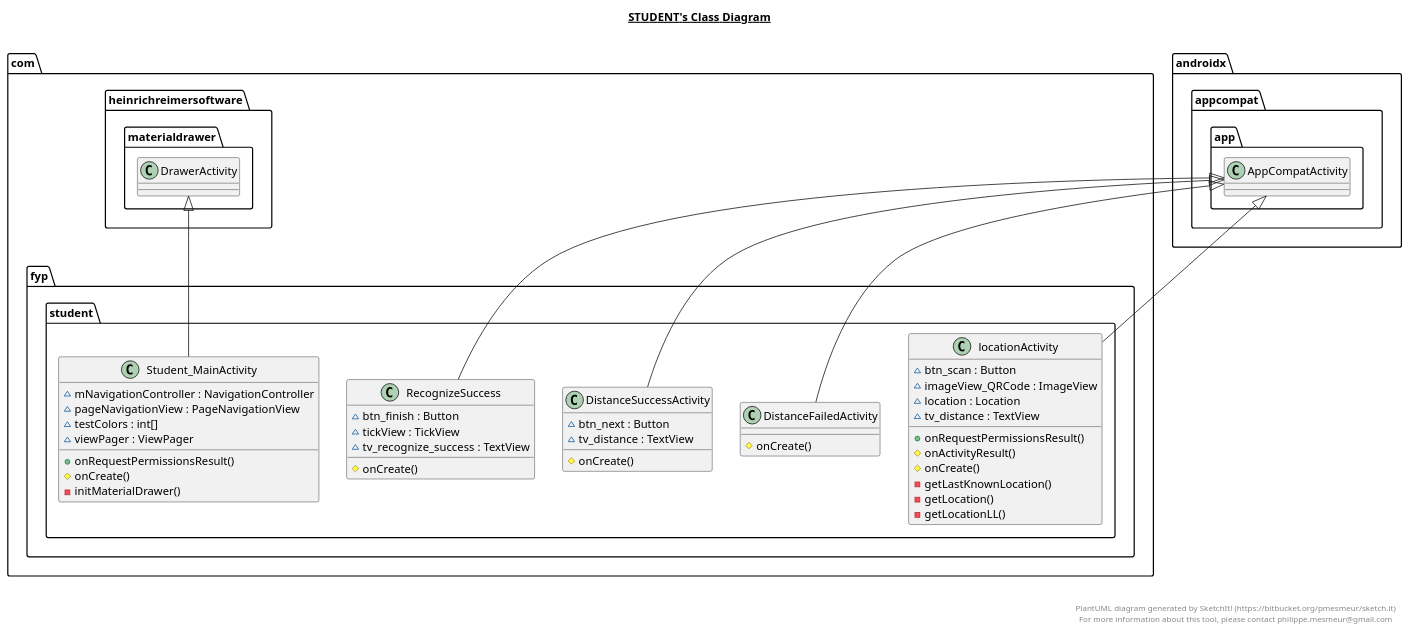
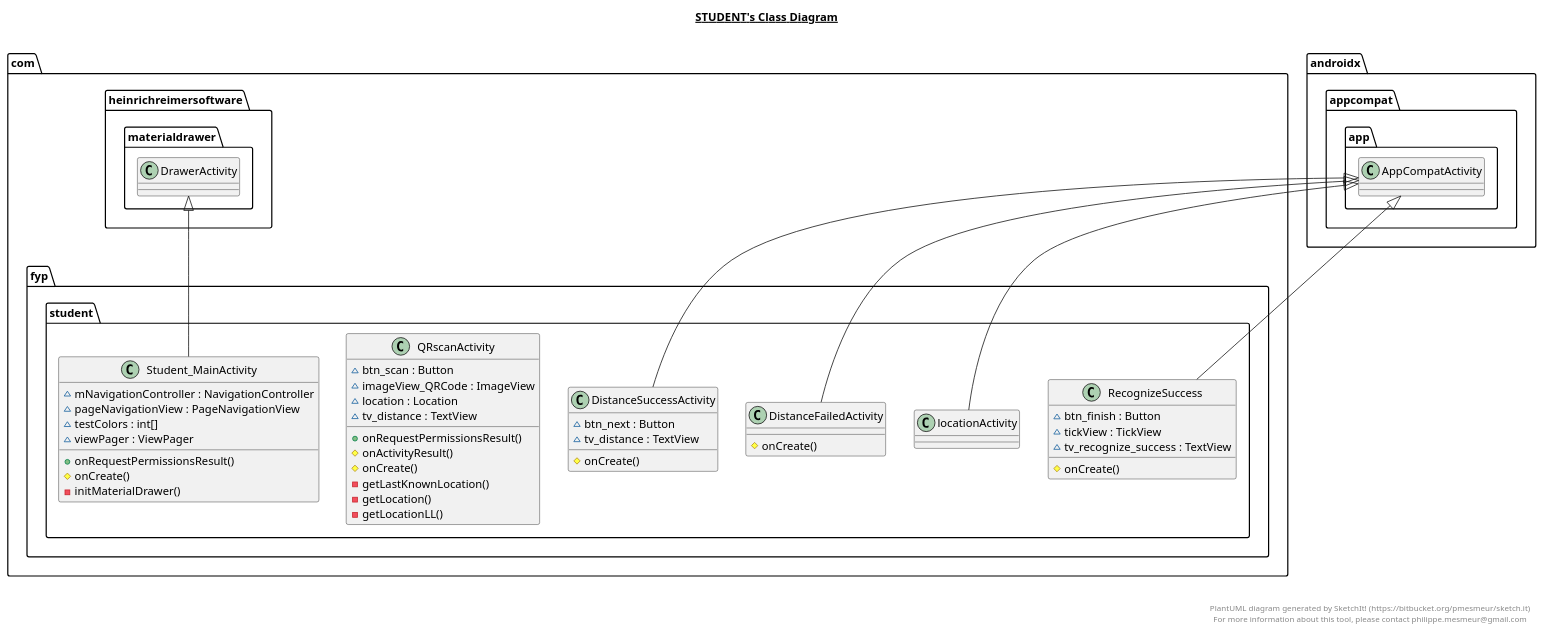
Before and after one commit to Buster-00/OpenCV-based-Android-faceRecognition-app: the diagram in app/src/main/java/com/fyp/student/student.plantuml, drawn with PlantUML. The commit also changed 30 other files, not shown here.

```diff
--- a/app/src/main/java/com/fyp/student/student.plantuml
+++ b/app/src/main/java/com/fyp/student/student.plantuml
@@ -1,84 +1,84 @@
 @startuml
 
 title __STUDENT's Class Diagram__\n
 
   namespace com.fyp {
     namespace student {
       class com.fyp.student.DistanceFailedActivity {
           # onCreate()
       }
     }
   }
   
 
   namespace com.fyp {
     namespace student {
       class com.fyp.student.DistanceSuccessActivity {
           ~ btn_next : Button
           ~ tv_distance : TextView
           # onCreate()
       }
     }
   }
   
 
   namespace com.fyp {
     namespace student {
       class com.fyp.student.RecognizeSuccess {
           ~ btn_finish : Button
           ~ tickView : TickView
           ~ tv_recognize_success : TextView
           # onCreate()
       }
     }
   }
   
 
   namespace com.fyp {
     namespace student {
       class com.fyp.student.Student_MainActivity {
           ~ mNavigationController : NavigationController
           ~ pageNavigationView : PageNavigationView
           ~ testColors : int[]
           ~ viewPager : ViewPager
           + onRequestPermissionsResult()
           # onCreate()
           - initMaterialDrawer()
       }
     }
   }
   
 
   namespace com.fyp {
     namespace student {
-      class com.fyp.student.locationActivity {
+      class com.fyp.student.QRscanActivity {
           ~ btn_scan : Button
           ~ imageView_QRCode : ImageView
           ~ location : Location
           ~ tv_distance : TextView
           + onRequestPermissionsResult()
           # onActivityResult()
           # onCreate()
           - getLastKnownLocation()
           - getLocation()
           - getLocationLL()
       }
     }
   }
   
 
   com.fyp.student.DistanceFailedActivity -up-|> androidx.appcompat.app.AppCompatActivity
   com.fyp.student.DistanceSuccessActivity -up-|> androidx.appcompat.app.AppCompatActivity
   com.fyp.student.RecognizeSuccess -up-|> androidx.appcompat.app.AppCompatActivity
   com.fyp.student.Student_MainActivity -up-|> com.heinrichreimersoftware.materialdrawer.DrawerActivity
   com.fyp.student.locationActivity -up-|> androidx.appcompat.app.AppCompatActivity
 
 
 right footer
 
 
 PlantUML diagram generated by SketchIt! (https://bitbucket.org/pmesmeur/sketch.it)
 For more information about this tool, please contact philippe.mesmeur@gmail.com
 endfooter
 
 @enduml
```
